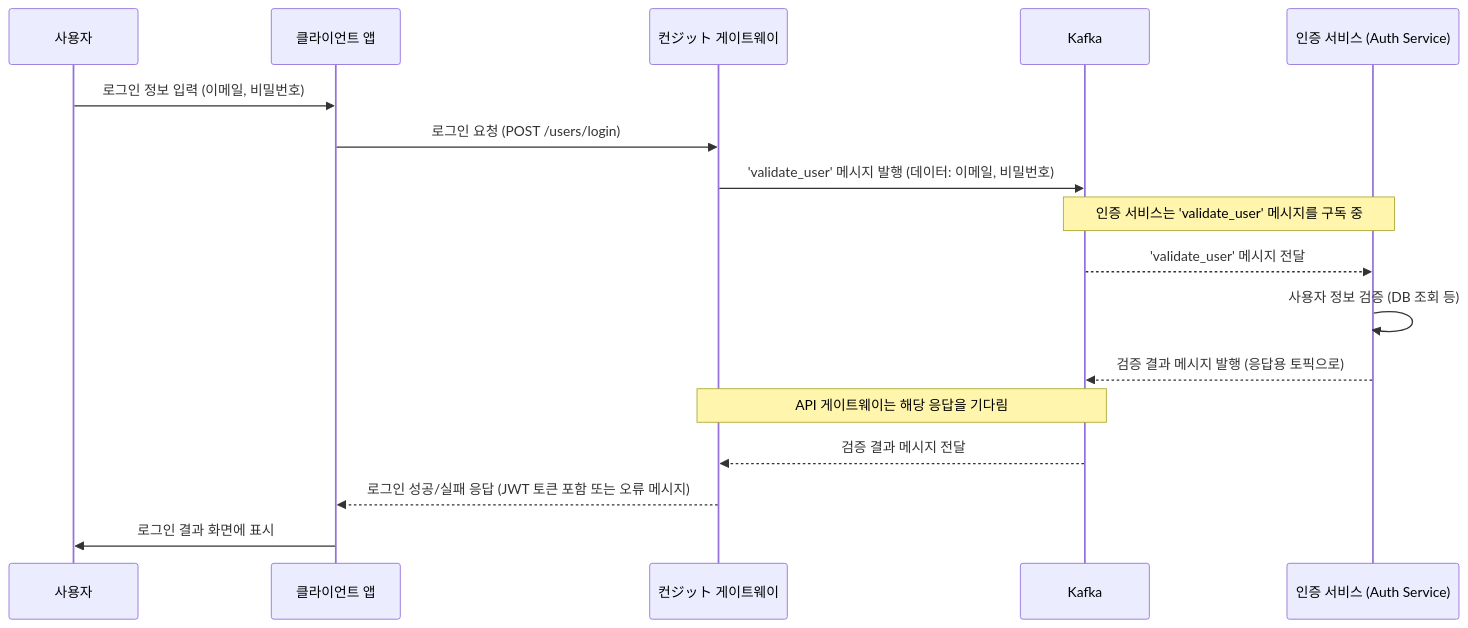
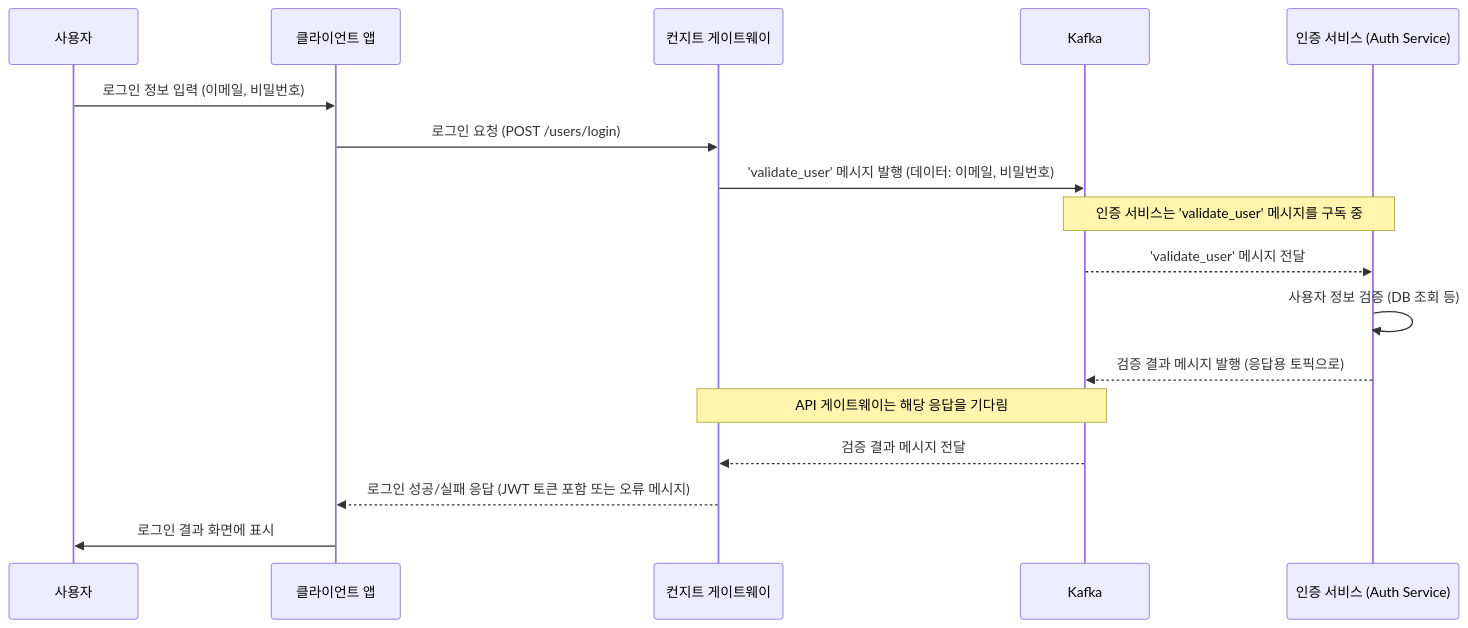
One commit to serithemage/Serverless-RealWorld changed the diagram in knowledgebase/02_마이크로서비스_아키텍처_.md. Above: the diagram before and after it, drawn with Mermaid. The commit also changed other lines of this file and 28 other files, not shown here.

````diff
--- a/knowledgebase/02_마이크로서비스_아키텍처_.md
+++ b/knowledgebase/02_마이크로서비스_아키텍처_.md
@@ -187,20 +187,20 @@
 ```mermaid
 sequenceDiagram
     participant 사용자
     participant 클라이언트 앱
-    participant API_게이트웨이 as 컨ジット 게이트웨이
+    participant API_게이트웨이 as 컨지트 게이트웨이
     participant Kafka_메시지_브로커 as Kafka
     participant 인증_서비스 as 인증 서비스 (Auth Service)
 
     사용자->>클라이언트 앱: 로그인 정보 입력 (이메일, 비밀번호)
     클라이언트 앱->>API_게이트웨이: 로그인 요청 (POST /users/login)
     API_게이트웨이->>Kafka_메시지_브로커: 'validate_user' 메시지 발행 (데이터: 이메일, 비밀번호)
     Note over Kafka_메시지_브로커, 인증_서비스: 인증 서비스는 'validate_user' 메시지를 구독 중
     Kafka_메시지_브로커-->>인증_서비스: 'validate_user' 메시지 전달
     인증_서비스->>인증_서비스: 사용자 정보 검증 (DB 조회 등)
     인증_서비스-->>Kafka_메시지_브로커: 검증 결과 메시지 발행 (응답용 토픽으로)
     Note over Kafka_메시지_브로커, API_게이트웨이: API 게이트웨이는 해당 응답을 기다림
     Kafka_메시지_브로커-->>API_게이트웨이: 검증 결과 메시지 전달
     API_게이트웨이-->>클라이언트 앱: 로그인 성공/실패 응답 (JWT 토큰 포함 또는 오류 메시지)
     클라이언트 앱->>사용자: 로그인 결과 화면에 표시
 ```
````
